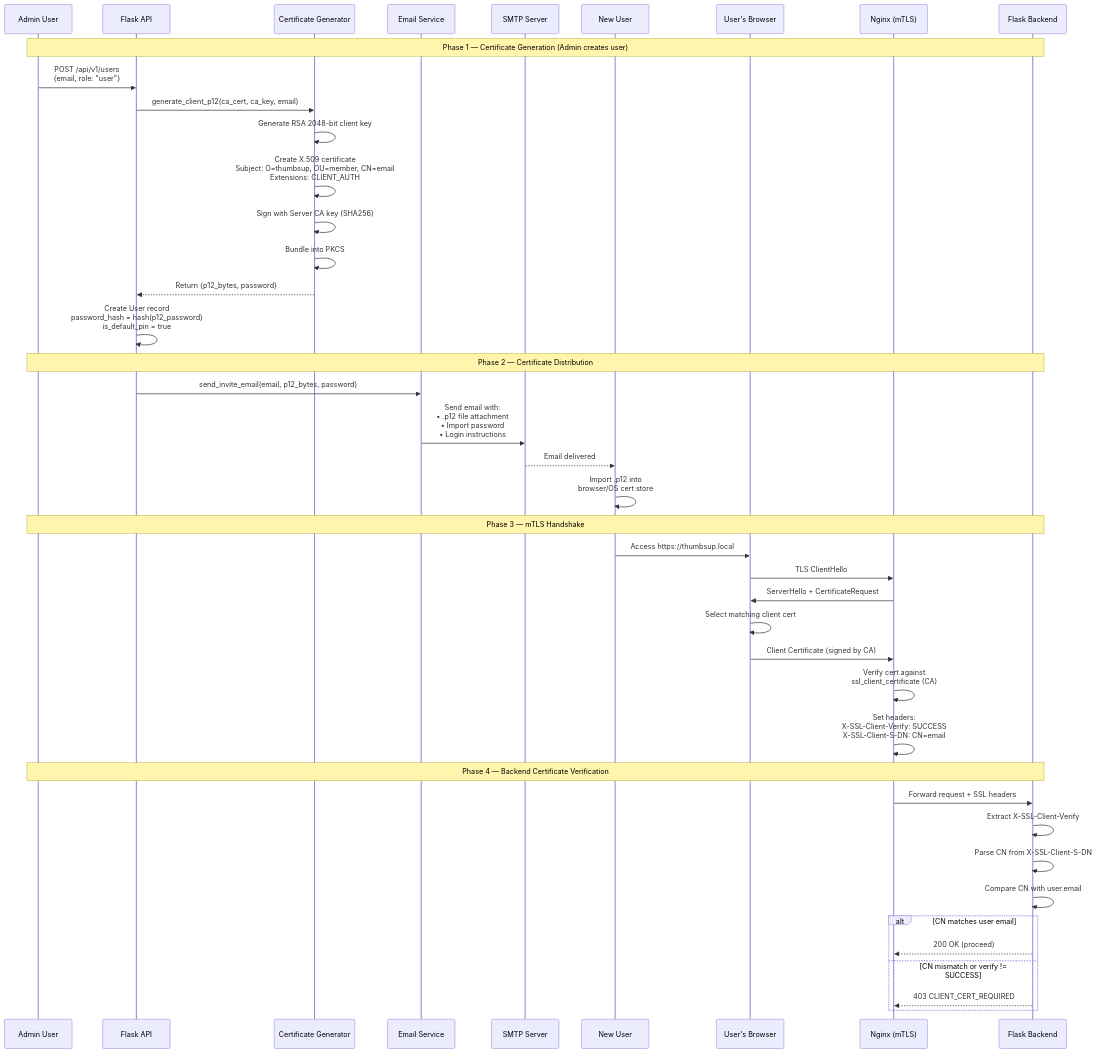
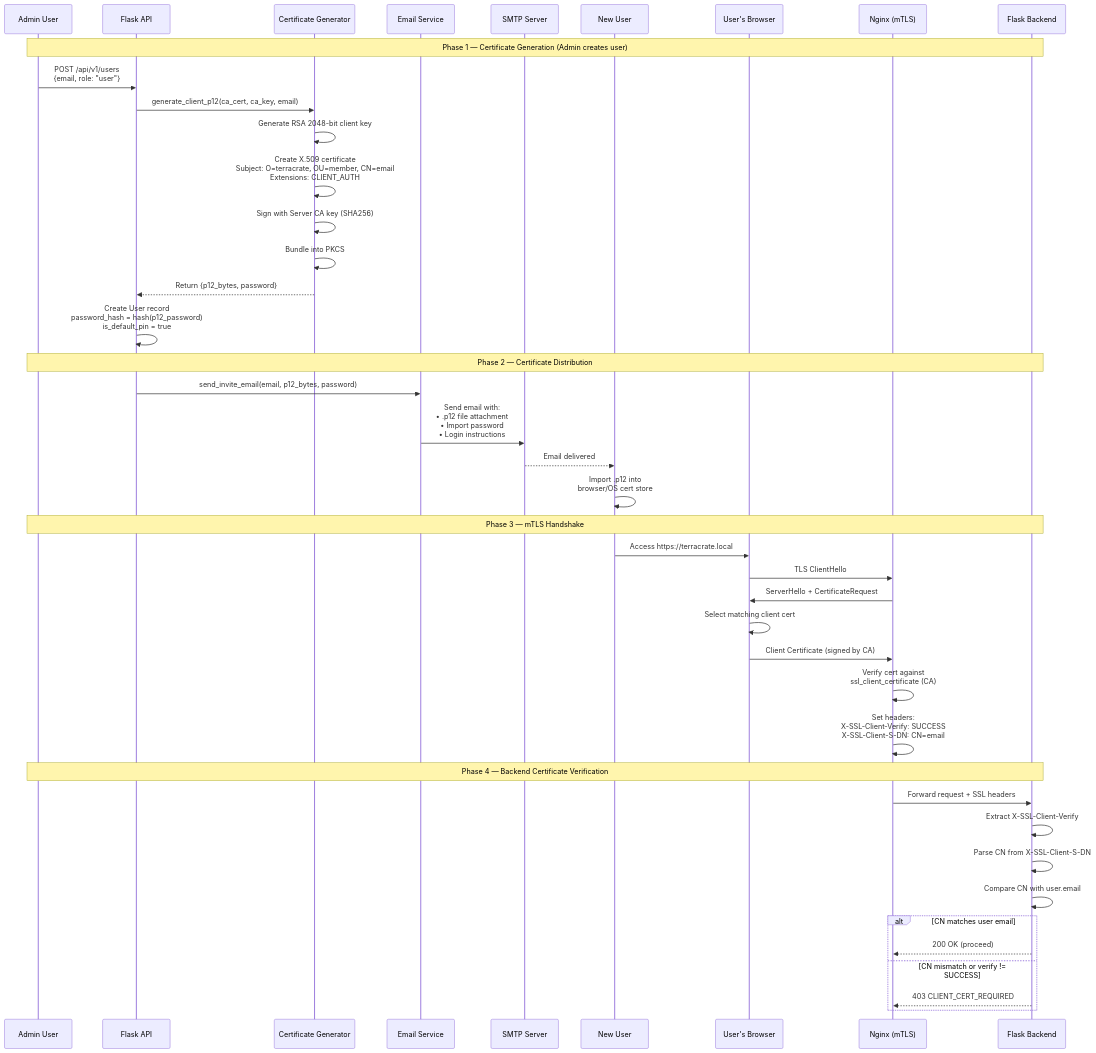
One commit to andreas-04/thumbs-up changed the diagram in docs/diagrams/05-certificate-mtls.mmd. Above: the diagram before and after it, drawn with Mermaid. The commit also changed 39 other files, not shown here.

```diff
--- a/docs/diagrams/05-certificate-mtls.mmd
+++ b/docs/diagrams/05-certificate-mtls.mmd
@@ -1,47 +1,47 @@
 sequenceDiagram
     participant Admin as Admin User
     participant API as Flask API
     participant CertGen as Certificate Generator
     participant Email as Email Service
     participant SMTP as SMTP Server
     participant NewUser as New User
     participant BrowserCert as User's Browser
     participant NginxTLS as Nginx (mTLS)
     participant Backend as Flask Backend
 
     Note over Admin,Backend: Phase 1 — Certificate Generation (Admin creates user)
     Admin->>API: POST /api/v1/users<br/>{email, role: "user"}
     API->>CertGen: generate_client_p12(ca_cert, ca_key, email)
     CertGen->>CertGen: Generate RSA 2048-bit client key
-    CertGen->>CertGen: Create X.509 certificate<br/>Subject: O=thumbsup, OU=member, CN=email<br/>Extensions: CLIENT_AUTH
+    CertGen->>CertGen: Create X.509 certificate<br/>Subject: O=terracrate, OU=member, CN=email<br/>Extensions: CLIENT_AUTH
     CertGen->>CertGen: Sign with Server CA key (SHA256)
     CertGen->>CertGen: Bundle into PKCS#12 (.p12)<br/>with random password
     CertGen-->>API: Return {p12_bytes, password}
     API->>API: Create User record<br/>password_hash = hash(p12_password)<br/>is_default_pin = true
 
     Note over Admin,Backend: Phase 2 — Certificate Distribution
     API->>Email: send_invite_email(email, p12_bytes, password)
     Email->>SMTP: Send email with:<br/>• .p12 file attachment<br/>• Import password<br/>• Login instructions
     SMTP-->>NewUser: Email delivered
     NewUser->>NewUser: Import .p12 into<br/>browser/OS cert store
 
     Note over Admin,Backend: Phase 3 — mTLS Handshake
-    NewUser->>BrowserCert: Access https://thumbsup.local
+    NewUser->>BrowserCert: Access https://terracrate.local
     BrowserCert->>NginxTLS: TLS ClientHello
     NginxTLS->>BrowserCert: ServerHello + CertificateRequest
     BrowserCert->>BrowserCert: Select matching client cert
     BrowserCert->>NginxTLS: Client Certificate (signed by CA)
     NginxTLS->>NginxTLS: Verify cert against<br/>ssl_client_certificate (CA)
     NginxTLS->>NginxTLS: Set headers:<br/>X-SSL-Client-Verify: SUCCESS<br/>X-SSL-Client-S-DN: CN=email
 
     Note over Admin,Backend: Phase 4 — Backend Certificate Verification
     NginxTLS->>Backend: Forward request + SSL headers
     Backend->>Backend: Extract X-SSL-Client-Verify
     Backend->>Backend: Parse CN from X-SSL-Client-S-DN
     Backend->>Backend: Compare CN with user.email
 
     alt CN matches user email
         Backend-->>NginxTLS: 200 OK (proceed)
     else CN mismatch or verify != SUCCESS
         Backend-->>NginxTLS: 403 CLIENT_CERT_REQUIRED
     end
```
